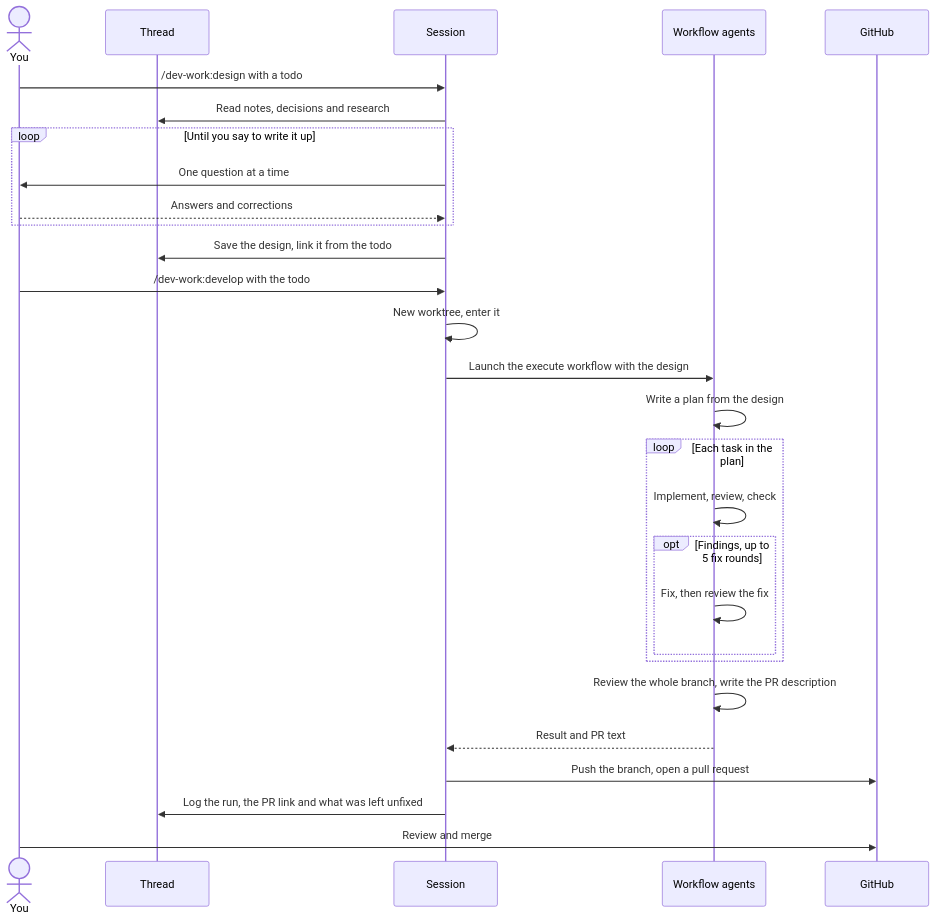
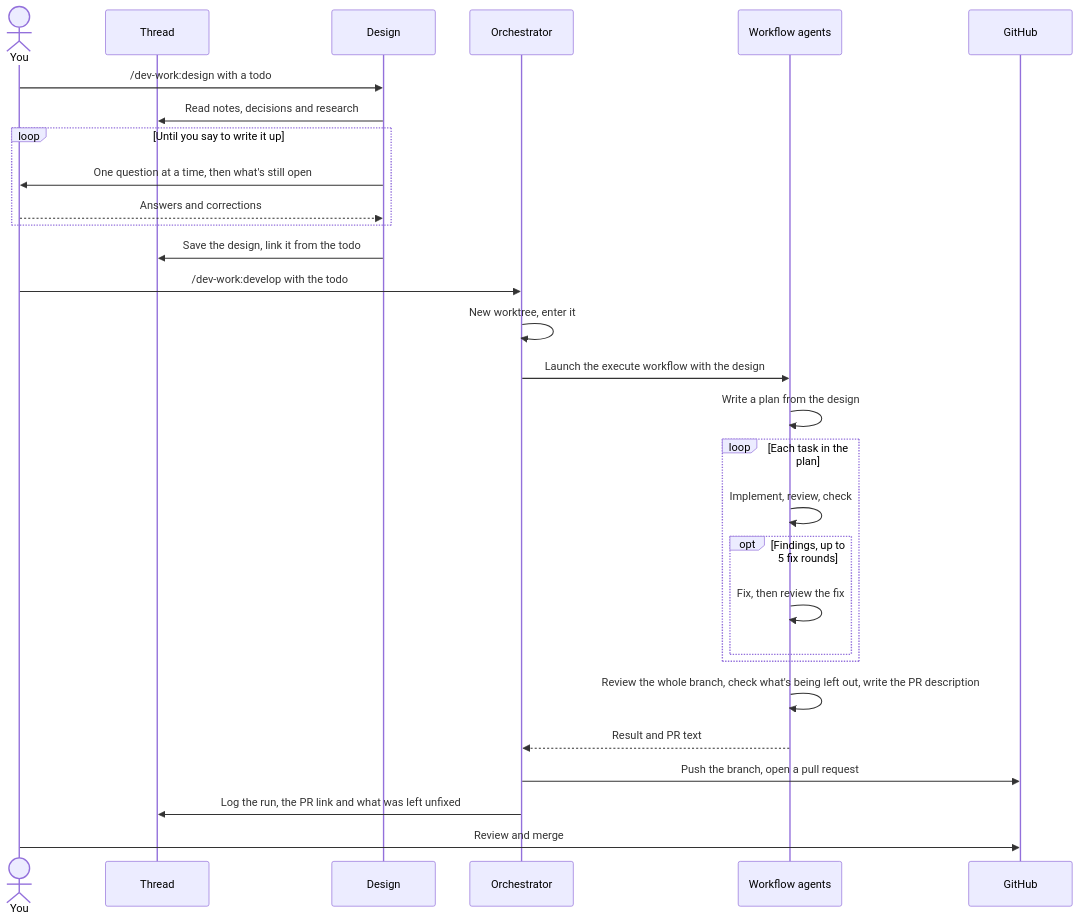
Before and after one commit to sebmartin/dev-work: the diagram in README.md, drawn with Mermaid. The commit also changed other lines of this file and 5 other files, not shown here.

````diff
--- a/README.md
+++ b/README.md
@@ -14,32 +14,33 @@
 ```mermaid
 sequenceDiagram
     actor You
     participant T as Thread
-    participant S as Session
+    participant D as Design
+    participant O as Orchestrator
     participant W as Workflow agents
     participant G as GitHub
 
-    You->>S: /dev-work:design with a todo
-    S->>T: Read notes, decisions and research
+    You->>D: /dev-work:design with a todo
+    D->>T: Read notes, decisions and research
     loop Until you say to write it up
-        S->>You: One question at a time
-        You-->>S: Answers and corrections
+        D->>You: One question at a time, then what's still open
+        You-->>D: Answers and corrections
     end
-    S->>T: Save the design, link it from the todo
+    D->>T: Save the design, link it from the todo
 
-    You->>S: /dev-work:develop with the todo
-    S->>S: New worktree, enter it
-    S->>W: Launch the execute workflow with the design
+    You->>O: /dev-work:develop with the todo
+    O->>O: New worktree, enter it
+    O->>W: Launch the execute workflow with the design
     W->>W: Write a plan from the design
     loop Each task in the plan
         W->>W: Implement, review, check
         opt Findings, up to 5 fix rounds
             W->>W: Fix, then review the fix
         end
     end
-    W->>W: Review the whole branch, write the PR description
-    W-->>S: Result and PR text
-    S->>G: Push the branch, open a pull request
-    S->>T: Log the run, the PR link and what was left unfixed
+    W->>W: Review the whole branch, check what's being left out, write the PR description
+    W-->>O: Result and PR text
+    O->>G: Push the branch, open a pull request
+    O->>T: Log the run, the PR link and what was left unfixed
     You->>G: Review and merge
 ```
````
